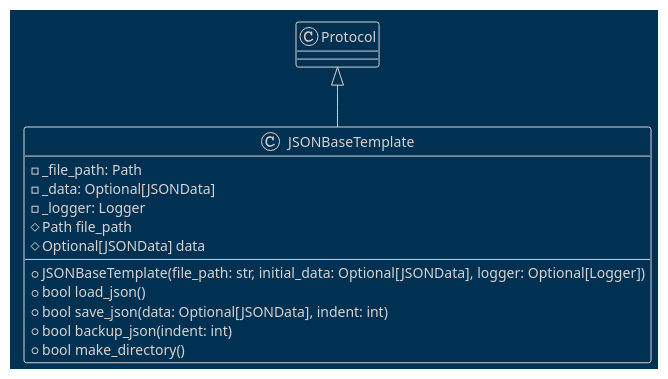
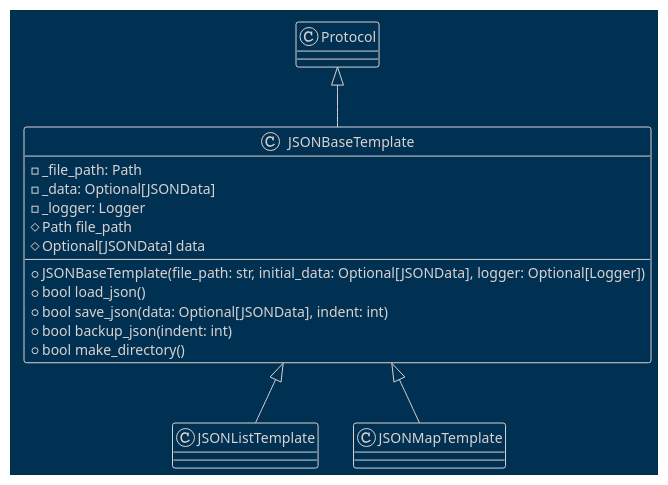
The diagram in docs/puml/json/JSONBaseTemplate.puml (teleprint-me/json-py-craft), drawn with PlantUML before and after one commit.

Commit message:
docs: Enhance PlantUML diagram with class relationships
- Added relationships for JSONListTemplate and JSONMapTemplate classes inheriting from JSONBaseTemplate.
- Provides a visual representation of class inheritance in the documentation.
- Improves clarity for developers working with these classes.

```diff
--- a/docs/puml/json/JSONBaseTemplate.puml
+++ b/docs/puml/json/JSONBaseTemplate.puml
@@ -1,28 +1,31 @@
 @startuml JSONTemplate
 !theme blueprint
 
 ' docs/puml/json/JSONBaseTemplate.puml
 
 class JSONBaseTemplate extends Protocol {
     ' A base template class for working with JSON files.
     ' JSONMap = Dict[str, Any]
     ' JSONList = List[JSONMap]
     ' JSONData = Union[JSONMap, JSONList]
     - _file_path: Path
     - _data: Optional[JSONData]
     - _logger: Logger
     + JSONBaseTemplate(file_path: str, initial_data: Optional[JSONData], logger: Optional[Logger])
     ' Get the path to the JSON file.
     # Path file_path
     ' Load JSON data from the file into the _data attribute.
     # Optional[JSONData] data
     ' Save JSON data to the file. Returns True if successful, False otherwise.
     + bool load_json()
     ' Create a backup of the JSON file. Returns True if successful, False otherwise.
     + bool save_json(data: Optional[JSONData], indent: int)
     ' Create a backup of the JSON file. Returns True if successful, False otherwise.
     + bool backup_json(indent: int)
     ' Create the directory for the JSON file. Returns True if successful, False otherwise.
     + bool make_directory()
 }
+
+JSONBaseTemplate <|-- JSONListTemplate
+JSONBaseTemplate <|-- JSONMapTemplate
 @enduml
```
